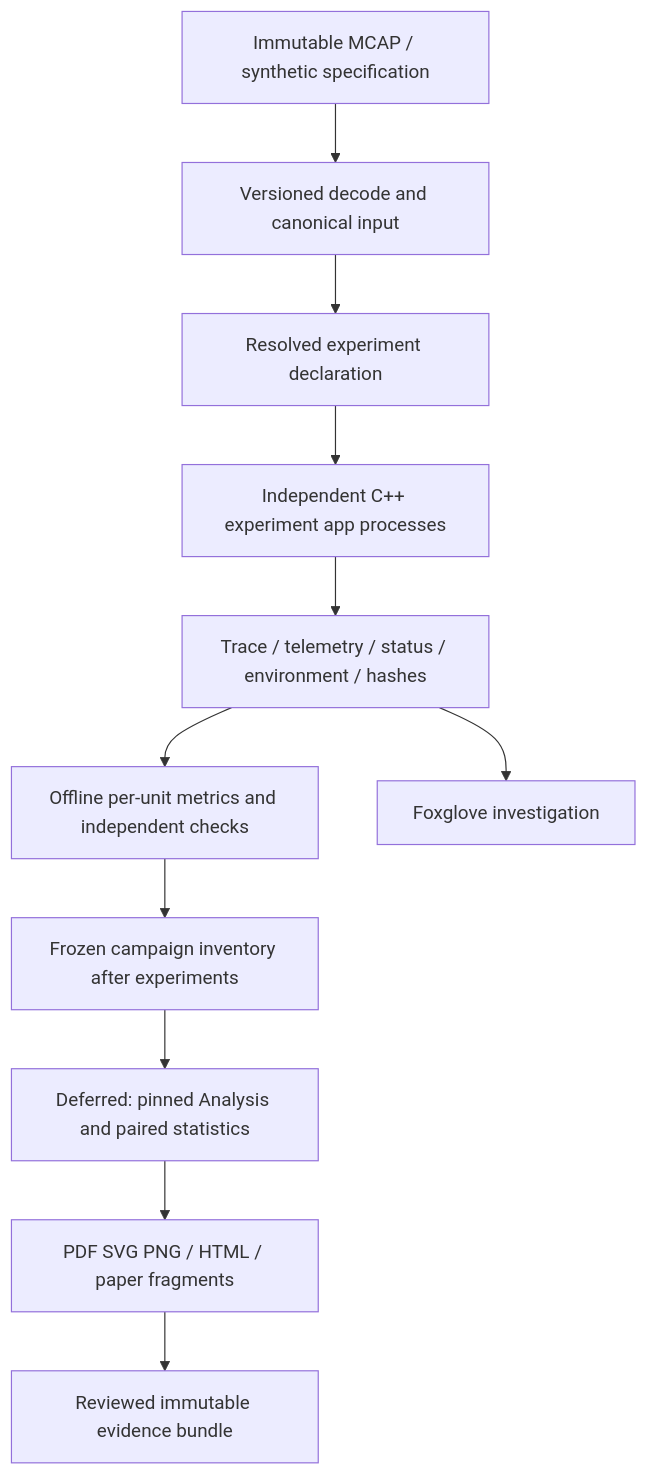
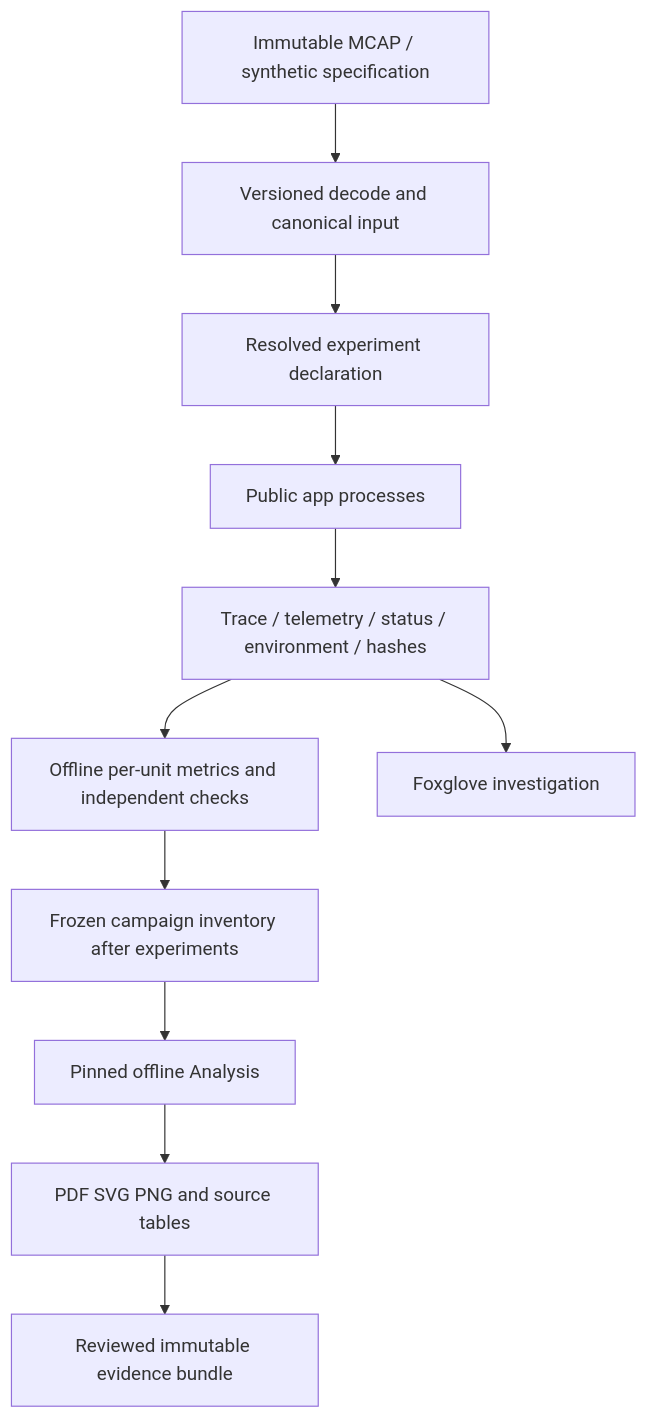
One commit to TANG617/motion_control_lab changed the diagram in docs/mcc_placo_study/DATA_ANALYSIS.md. Above: the diagram before and after it, drawn with Mermaid. The commit also changed other lines of this file and 1791 other files, not shown here.

````diff
--- a/docs/mcc_placo_study/DATA_ANALYSIS.md
+++ b/docs/mcc_placo_study/DATA_ANALYSIS.md
@@ -9,13 +9,13 @@
 ```mermaid
 flowchart TD
     Raw[Immutable MCAP / synthetic specification] --> Canonical[Versioned decode and canonical input]
     Canonical --> Declare[Resolved experiment declaration]
-    Declare --> Execute[Independent C++ experiment app processes]
+    Declare --> Execute[Public app processes]
     Execute --> Evidence[Trace / telemetry / status / environment / hashes]
     Evidence --> Evaluate[Offline per-unit metrics and independent checks]
     Evaluate --> Closed[Frozen campaign inventory after experiments]
-    Closed --> Analyze[Deferred: pinned Analysis and paired statistics]
-    Analyze --> Render[PDF SVG PNG / HTML / paper fragments]
+    Closed --> Analyze[Pinned offline Analysis]
+    Analyze --> Render[PDF SVG PNG and source tables]
     Evidence --> Replay[Foxglove investigation]
     Render --> Review[Reviewed immutable evidence bundle]
 ```
````
